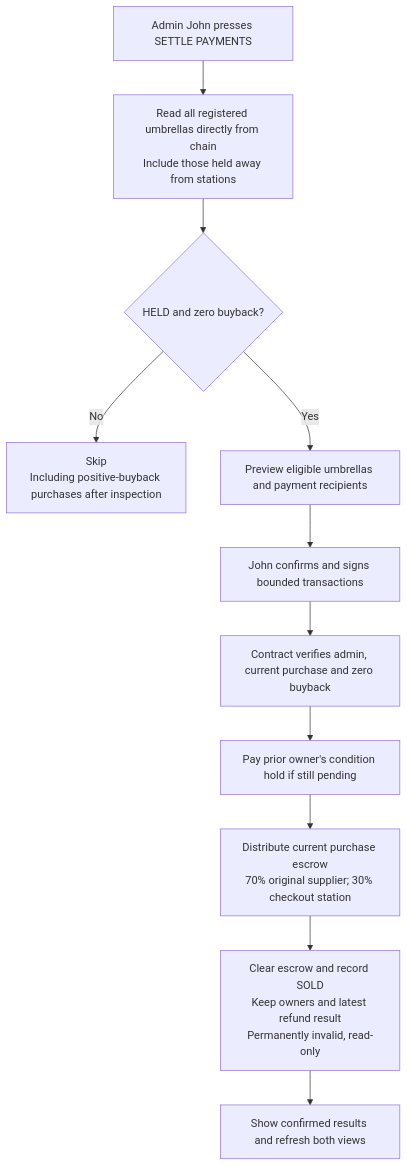
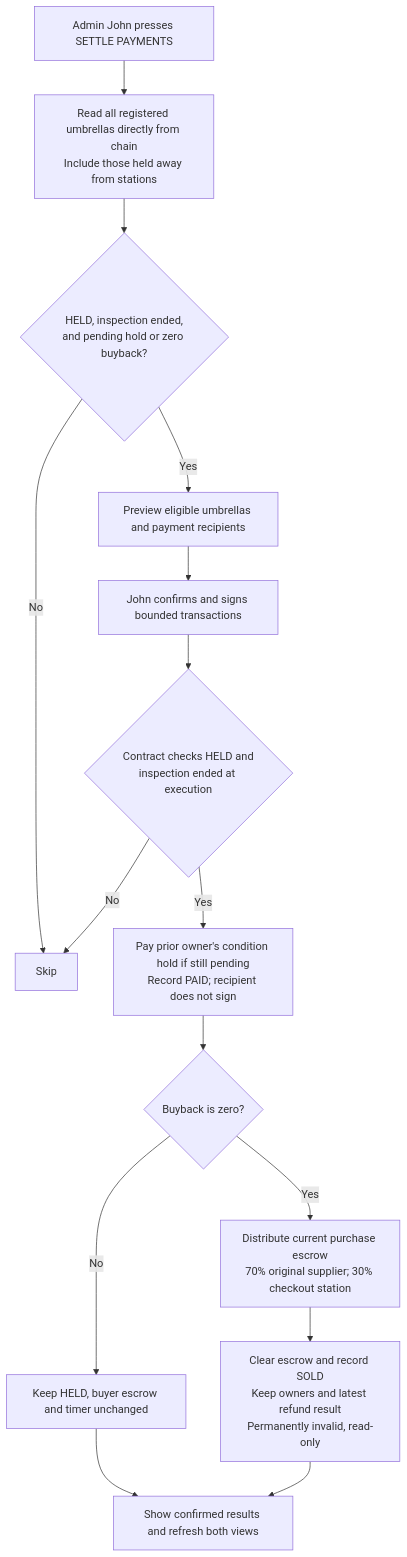
Before and after one commit to towa-hi/sui-kirisame: the ninth of 10 diagrams in docs/project-flows.md, drawn with Mermaid. The commit also changed other lines of this file and 5 other files, not shown here.

Commit message:
admin sweep now resolves umbrellas past inspection phase

````diff
--- a/docs/project-flows.md
+++ b/docs/project-flows.md
@@ -219,13 +219,17 @@
 ```mermaid
 flowchart TD
     Button["Admin John presses SETTLE PAYMENTS"] --> Read["Read all registered umbrellas directly from chain<br/>Include those held away from stations"]
-    Read --> Eligible{"HELD and zero buyback?"}
-    Eligible -->|No| Skip["Skip<br/>Including positive-buyback purchases after inspection"]
+    Read --> Eligible{"HELD, inspection ended,<br/>and pending hold or zero buyback?"}
+    Eligible -->|No| Skip["Skip"]
     Eligible -->|Yes| Preview["Preview eligible umbrellas and payment recipients"]
     Preview --> Sign["John confirms and signs bounded transactions"]
-    Sign --> Check["Contract verifies admin, current purchase and zero buyback"]
-    Check --> Prior["Pay prior owner's condition hold if still pending"]
-    Prior --> Split["Distribute current purchase escrow<br/>70% original supplier; 30% checkout station"]
+    Sign --> Check{"Contract checks HELD and<br/>inspection ended at execution"}
+    Check -->|No| Skip
+    Check -->|Yes| Prior["Pay prior owner's condition hold if still pending<br/>Record PAID; recipient does not sign"]
+    Prior --> Buyback{"Buyback is zero?"}
+    Buyback -->|No| Held["Keep HELD, buyer escrow and timer unchanged"]
+    Buyback -->|Yes| Split["Distribute current purchase escrow<br/>70% original supplier; 30% checkout station"]
     Split --> Sold["Clear escrow and record SOLD<br/>Keep owners and latest refund result<br/>Permanently invalid, read-only"]
-    Sold --> Result["Show confirmed results and refresh both views"]
+    Held --> Result["Show confirmed results and refresh both views"]
+    Sold --> Result
 ```
````
